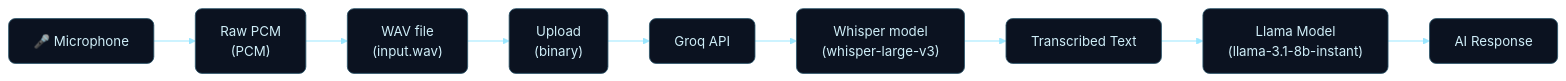
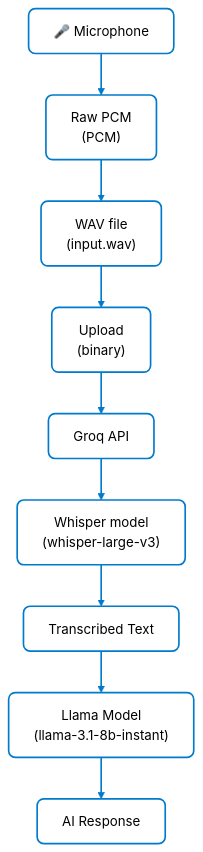
Before and after one commit to Diluksha-Upeka/Voxis: the diagram in README.md, drawn with Mermaid (forest theme).

Commit message:
fix: update flowchart direction and styling in README

````diff
--- a/README.md
+++ b/README.md
@@ -3,17 +3,17 @@
 ```mermaid
-flowchart LR
+flowchart TB
   %% — nodes
   A["🎤 Microphone"] --> B["Raw PCM\n(PCM)"]
   B --> C["WAV file\n(input.wav)"]
   C --> D["Upload\n(binary)"]
   D --> E["Groq API"]
   E --> F["Whisper model\n(whisper-large-v3)"]
   F --> G["Transcribed Text"]
   G --> H["Llama Model\n(llama-3.1-8b-instant)"]
   H --> I["AI Response"]
 
   %% — styling
-  classDef box fill:#0b1220,stroke:#2b556b,stroke-width:1px,color:#cfeef8,rx:8,ry:8;
+  classDef box fill:#ffffff,stroke:#007acc,stroke-width:2px,color:#000000,rx:8,ry:8;
   class A,B,C,D,E,F,G,H,I box;
-  linkStyle default stroke:#9be7ff,stroke-width:1.4px;
+  linkStyle default stroke:#007acc,stroke-width:2px;
 ```
````
